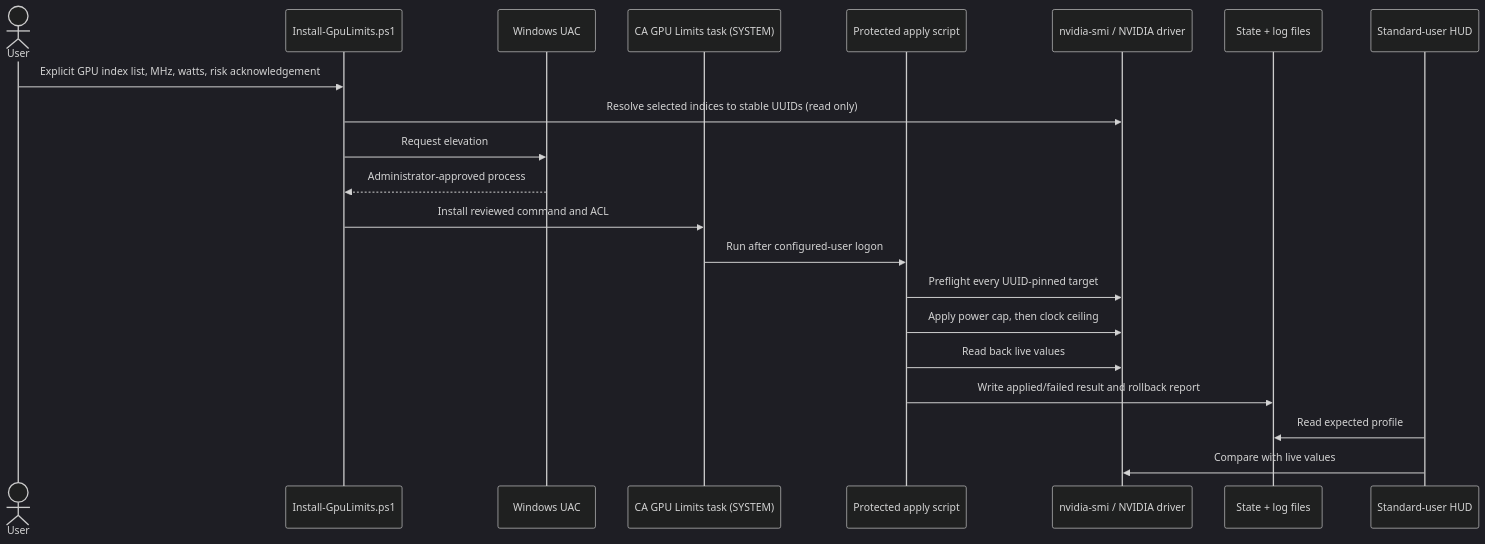
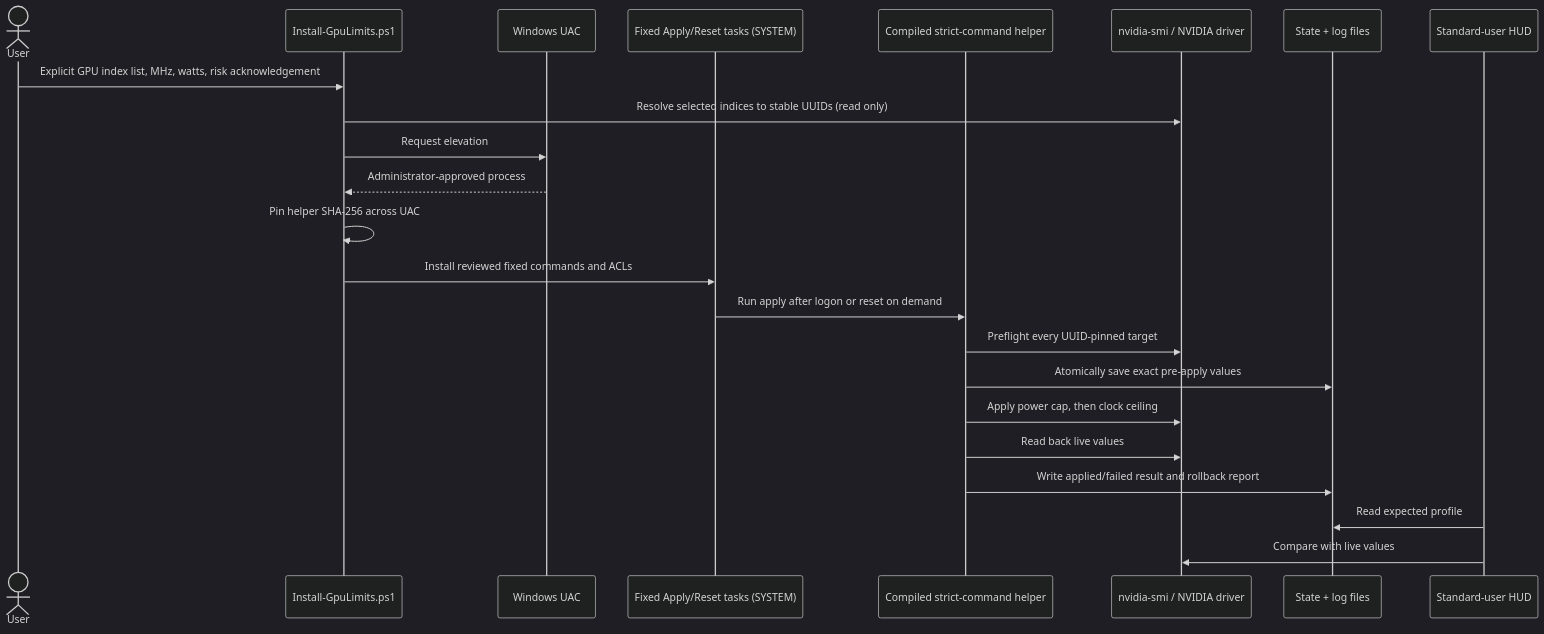
One commit to alirezakeshmirisocial-coder/ca-autoconfig changed the second of 3 diagrams in docs/ARCHITECTURE.md. Above: the diagram before and after it, drawn with Mermaid (dark theme). The commit also changed other lines of this file and 22 other files, not shown here.

Commit message:
Replace GPU scripts with transactional helper

````diff
--- a/docs/ARCHITECTURE.md
+++ b/docs/ARCHITECTURE.md
@@ -58,24 +58,26 @@
 ```mermaid
 sequenceDiagram
     actor User
     participant Installer as Install-GpuLimits.ps1
     participant UAC as Windows UAC
-    participant Task as CA GPU Limits task (SYSTEM)
-    participant Helper as Protected apply script
+    participant Tasks as Fixed Apply/Reset tasks (SYSTEM)
+    participant Helper as Compiled strict-command helper
     participant Driver as nvidia-smi / NVIDIA driver
     participant State as State + log files
     participant HUD as Standard-user HUD
 
     User->>Installer: Explicit GPU index list, MHz, watts, risk acknowledgement
     Installer->>Driver: Resolve selected indices to stable UUIDs (read only)
     Installer->>UAC: Request elevation
     UAC-->>Installer: Administrator-approved process
-    Installer->>Task: Install reviewed command and ACL
-    Task->>Helper: Run after configured-user logon
+    Installer->>Installer: Pin helper SHA-256 across UAC
+    Installer->>Tasks: Install reviewed fixed commands and ACLs
+    Tasks->>Helper: Run apply after logon or reset on demand
     Helper->>Driver: Preflight every UUID-pinned target
+    Helper->>State: Atomically save exact pre-apply values
     Helper->>Driver: Apply power cap, then clock ceiling
     Helper->>Driver: Read back live values
     Helper->>State: Write applied/failed result and rollback report
     HUD->>State: Read expected profile
     HUD->>Driver: Compare with live values
 ```
````
